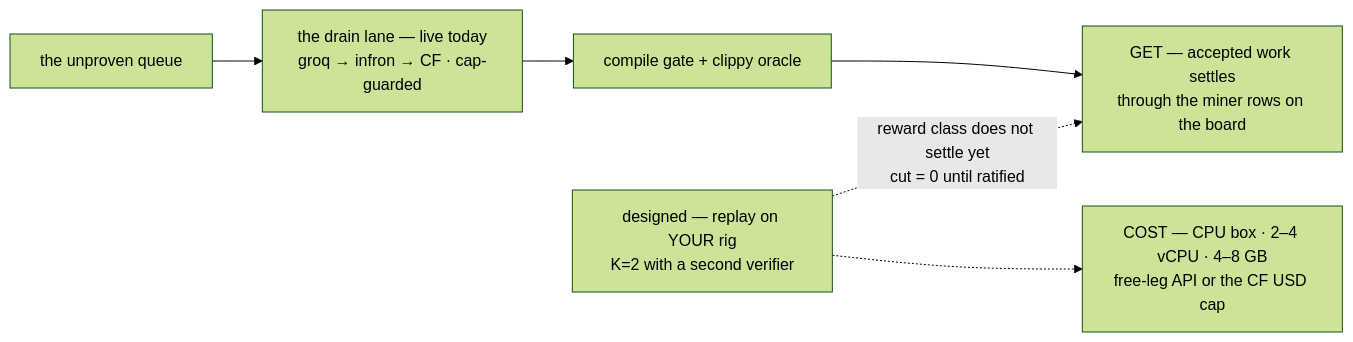
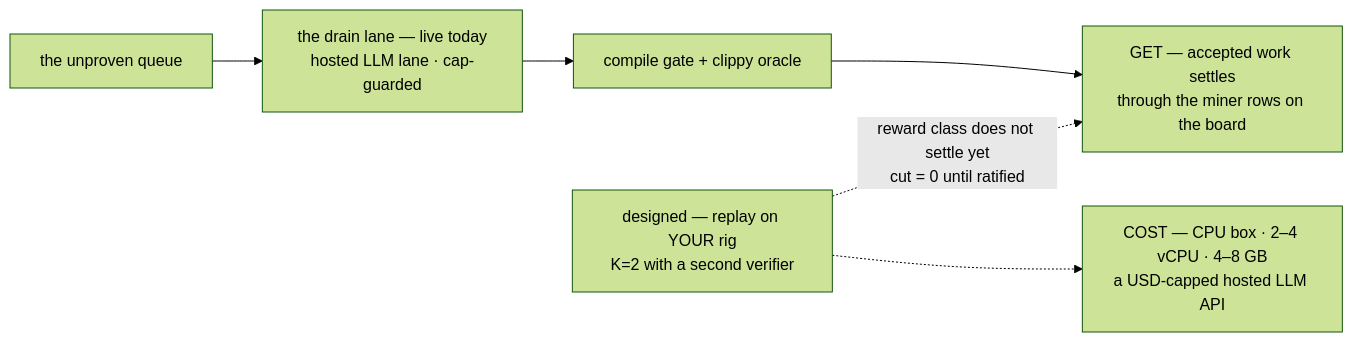
One commit to riir-ai/riir-refine changed the third of 4 diagrams in .docs/01_orientation/role_flows.md. Above: the diagram before and after it, drawn with Mermaid (forest theme). The commit also changed other lines of this file and 2 other files, not shown here.

First line of the commit message:
docs: role-flow sources match the release + drop LLM provider names (web trust audit, riir-dapps Issue 110 T2/T5)

````diff
--- a/.docs/01_orientation/role_flows.md
+++ b/.docs/01_orientation/role_flows.md
@@ -67,8 +67,8 @@
 ```mermaid
 flowchart LR
-    QUEUE["the unproven queue"] --> DRAIN["the drain lane — live today<br/>groq → infron → CF · cap-guarded"]
+    QUEUE["the unproven queue"] --> DRAIN["the drain lane — live today<br/>hosted LLM lane · cap-guarded"]
     DRAIN --> VERIFY["compile gate + clippy oracle"]
     VERIFY --> SETTLE["GET — accepted work settles<br/>through the miner rows on the board"]
     REPLAY["designed — replay on YOUR rig<br/>K=2 with a second verifier"] -.->|"reward class does not settle yet<br/>cut = 0 until ratified"| SETTLE
-    REPLAY -.-> COST["COST — CPU box · 2–4 vCPU · 4–8 GB<br/>free-leg API or the CF USD cap"]
+    REPLAY -.-> COST["COST — CPU box · 2–4 vCPU · 4–8 GB<br/>a USD-capped hosted LLM API"]
 ```
````
